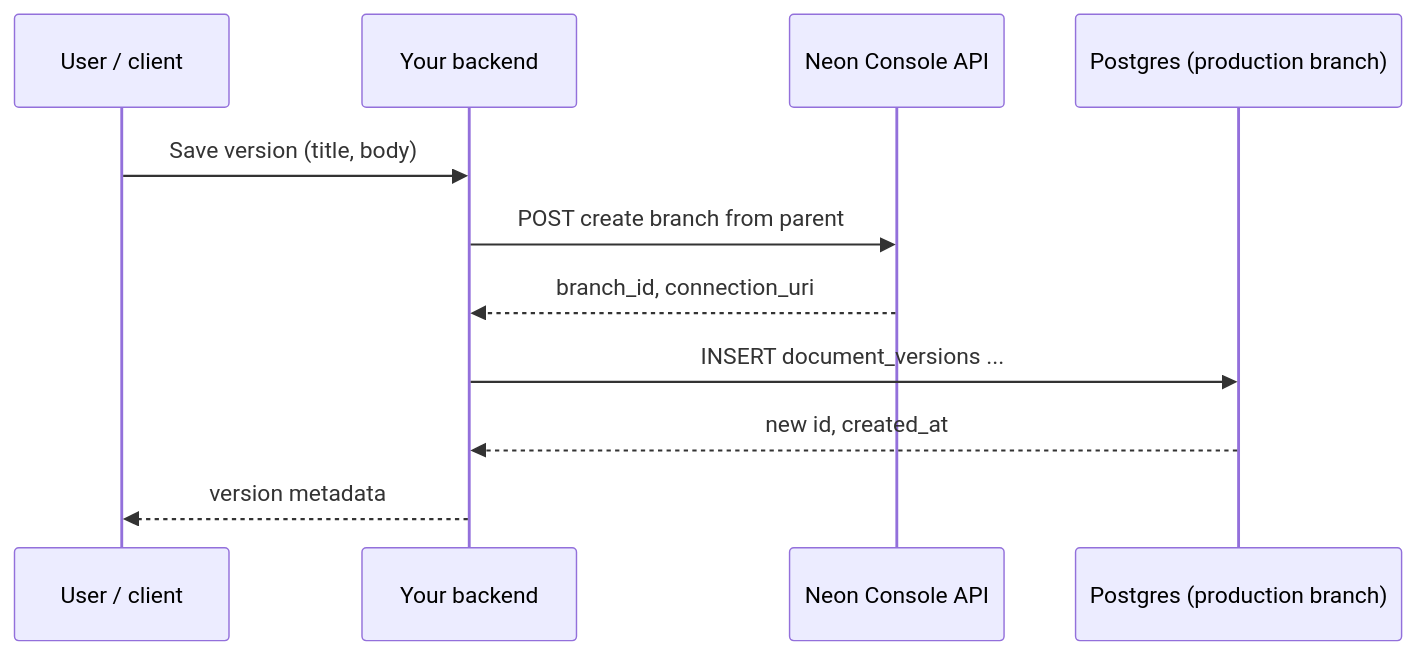
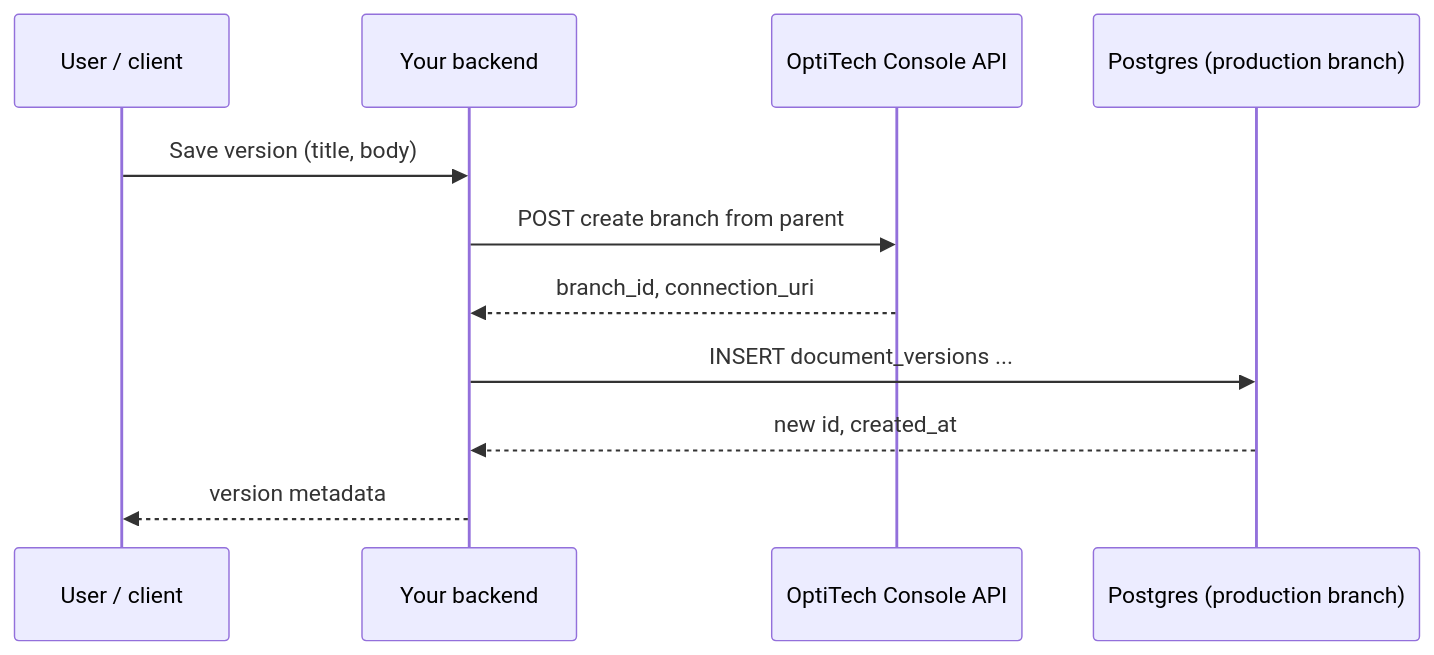
The third of 4 diagrams in content/guides/google-docs-style-version-history-neon-branching.md (prakto-org/optitech-hemsida), drawn with Mermaid before and after one commit. The commit also changed other lines of this file and 2084 other files, not shown here.

First line of the commit message:
feat: rebrand Neon site to OptiTech

````diff
--- a/content/guides/google-docs-style-version-history-neon-branching.md
+++ b/content/guides/google-docs-style-version-history-neon-branching.md
@@ -122,14 +122,14 @@
 ```mermaid
 sequenceDiagram
   participant U as User / client
   participant API as Your backend
-  participant Neon as Neon Console API
+  participant OptiTech as OptiTech Console API
   participant Main as Postgres (production branch)
 
   U->>API: Save version (title, body)
-  API->>Neon: POST create branch from parent
-  Neon-->>API: branch_id, connection_uri
+  API->>OptiTech: POST create branch from parent
+  OptiTech-->>API: branch_id, connection_uri
   API->>Main: INSERT document_versions ...
   Main-->>API: new id, created_at
   API-->>U: version metadata
 ```
````
